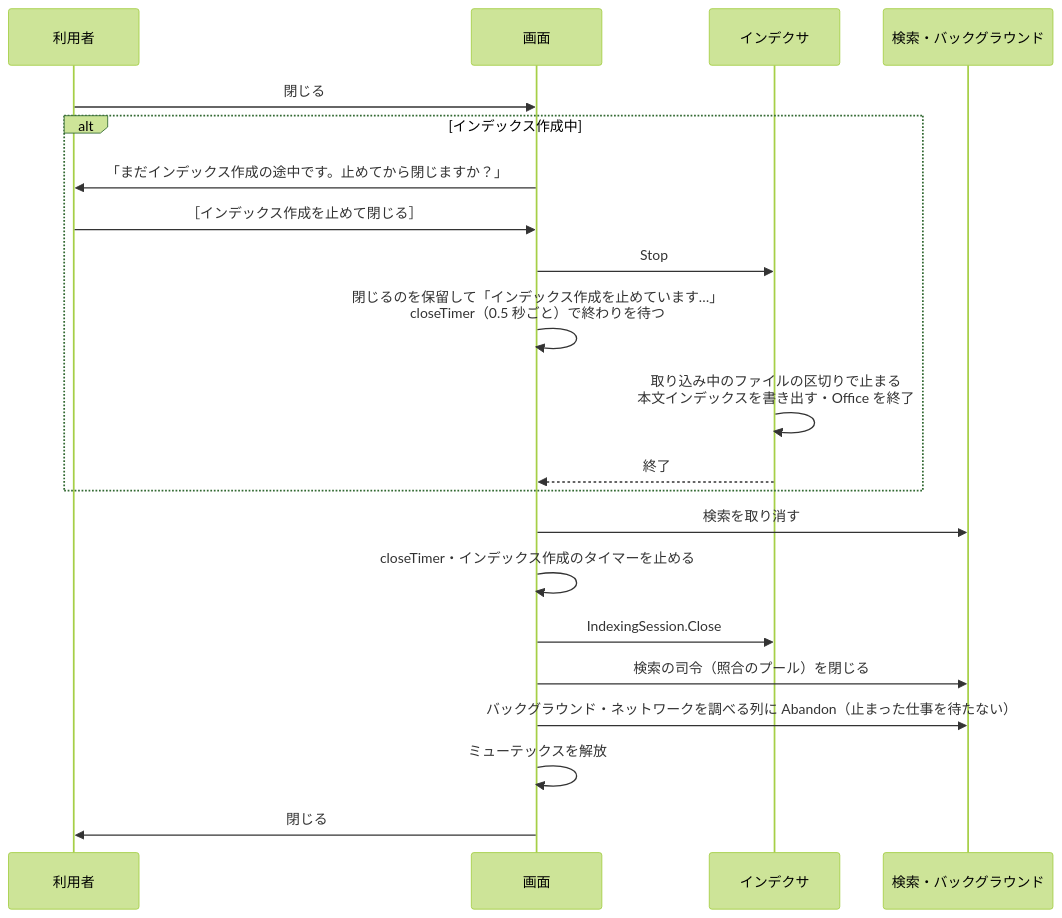
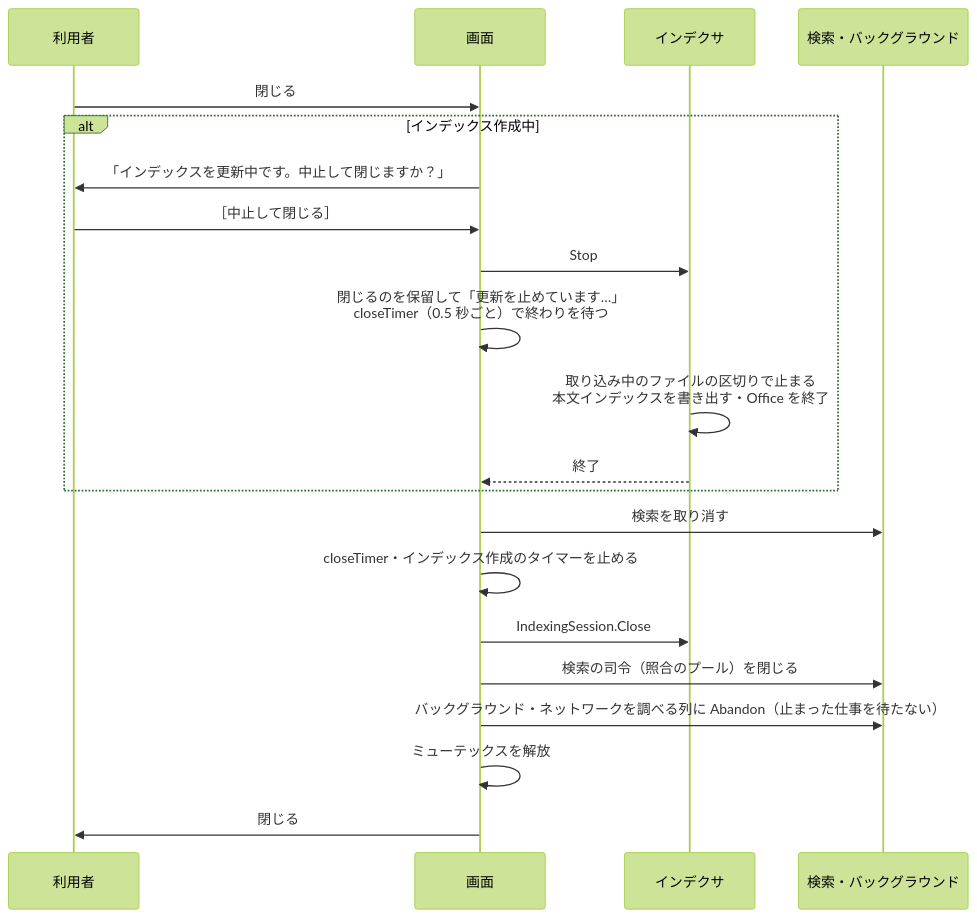
One commit to hsgwa/tebunko changed the diagram in docs/design/structure/closing.md. Above: the diagram before and after it, drawn with Mermaid (forest theme). The commit also changed other lines of this file and 312 other files, not shown here.

````diff
--- a/docs/design/structure/closing.md
+++ b/docs/design/structure/closing.md
@@ -7,23 +7,23 @@
 ```mermaid
 sequenceDiagram
     participant U as 利用者
     participant G as 画面
     participant I as インデクサ
     participant S as 検索・バックグラウンド
     U->>G: 閉じる
     alt インデックス作成中
-        G->>U: 「まだインデックス作成の途中です。止めてから閉じますか？」
-        U->>G: ［インデックス作成を止めて閉じる］
+        G->>U: 「インデックスを更新中です。中止して閉じますか？」
+        U->>G: ［中止して閉じる］
         G->>I: Stop
-        G->>G: 閉じるのを保留して「インデックス作成を止めています…」<br>closeTimer（0.5 秒ごと）で終わりを待つ
+        G->>G: 閉じるのを保留して「更新を止めています…」<br>closeTimer（0.5 秒ごと）で終わりを待つ
         I->>I: 取り込み中のファイルの区切りで止まる<br>本文インデックスを書き出す・Office を終了
         I-->>G: 終了
     end
     G->>S: 検索を取り消す
     G->>G: closeTimer・インデックス作成のタイマーを止める
     G->>I: IndexingSession.Close
     G->>S: 検索の司令（照合のプール）を閉じる
     G->>S: バックグラウンド・ネットワークを調べる列に Abandon（止まった仕事を待たない）
     G->>G: ミューテックスを解放
     G->>U: 閉じる
 ```
````
